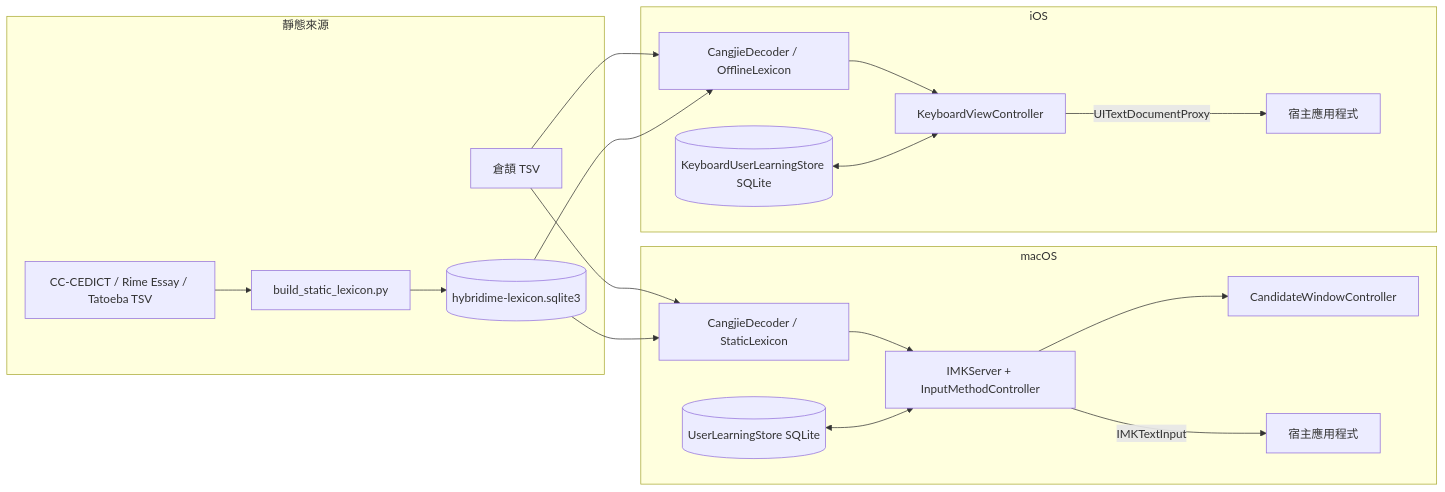
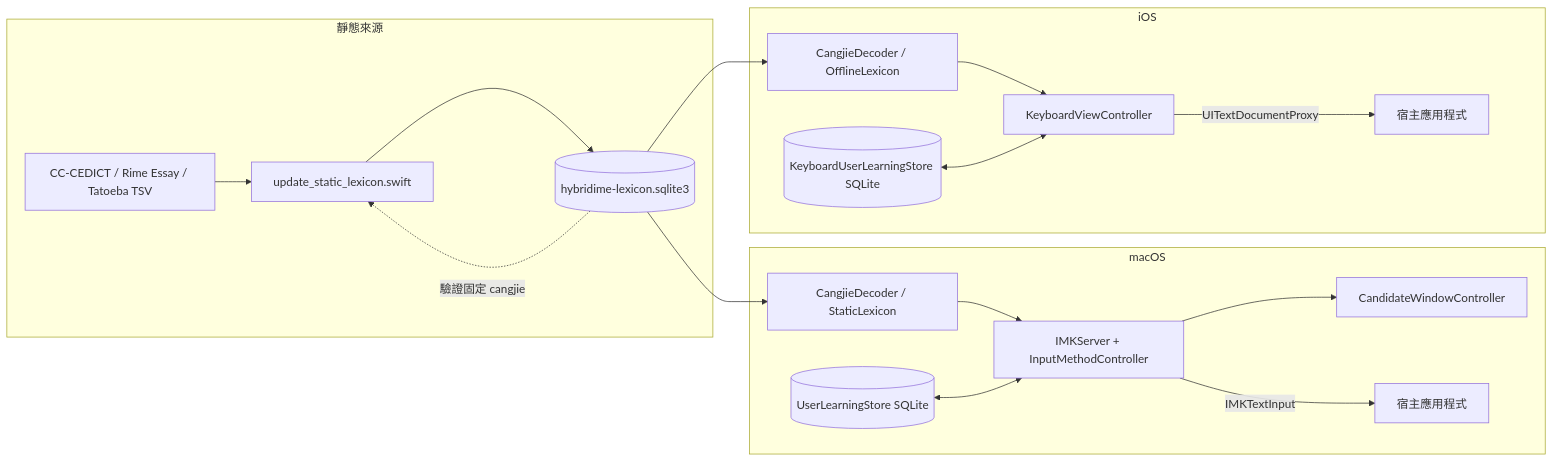
The diagram in TECHNICAL_DOCUMENTATION.md (q7jxb7yxdk-star/HybridIME), drawn with Mermaid before and after one commit. The commit also changed other lines of this file and 22 other files, not shown here.

Commit message:
Make SQLite the canonical Cangjie lexicon

````diff
--- a/TECHNICAL_DOCUMENTATION.md
+++ b/TECHNICAL_DOCUMENTATION.md
@@ -34,34 +33,32 @@
 ```mermaid
 flowchart LR
     subgraph staticSources["靜態來源"]
-        C[倉頡 TSV]
         T[CC-CEDICT / Rime Essay / Tatoeba TSV]
-        B[build_static_lexicon.py]
+        B[update_static_lexicon.swift]
         L[(hybridime-lexicon.sqlite3)]
         T --> B --> L
+        L -.驗證固定 cangjie.-> B
     end
 
     subgraph macOS
         IMK[IMKServer + InputMethodController]
         MC[CangjieDecoder / StaticLexicon]
         MW[(UserLearningStore SQLite)]
         MP[CandidateWindowController]
-        C --> MC
         L --> MC
         MC --> IMK
         MW <--> IMK
         IMK --> MP
         IMK -->|IMKTextInput| MH[宿主應用程式]
     end
 
     subgraph iOS
         KVC[KeyboardViewController]
         IC[CangjieDecoder / OfflineLexicon]
         IW[(KeyboardUserLearningStore SQLite)]
-        C --> IC
         L --> IC
         IC --> KVC
         IW <--> KVC
         KVC -->|UITextDocumentProxy| IH[宿主應用程式]
     end
 ```
````
